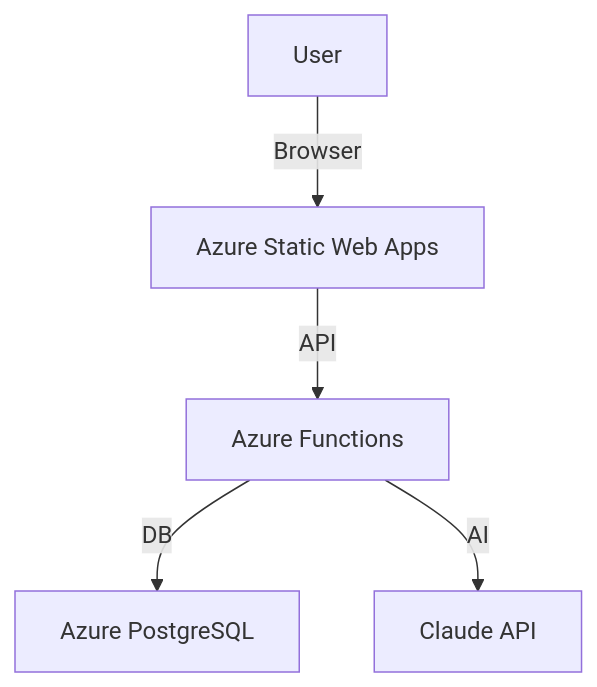
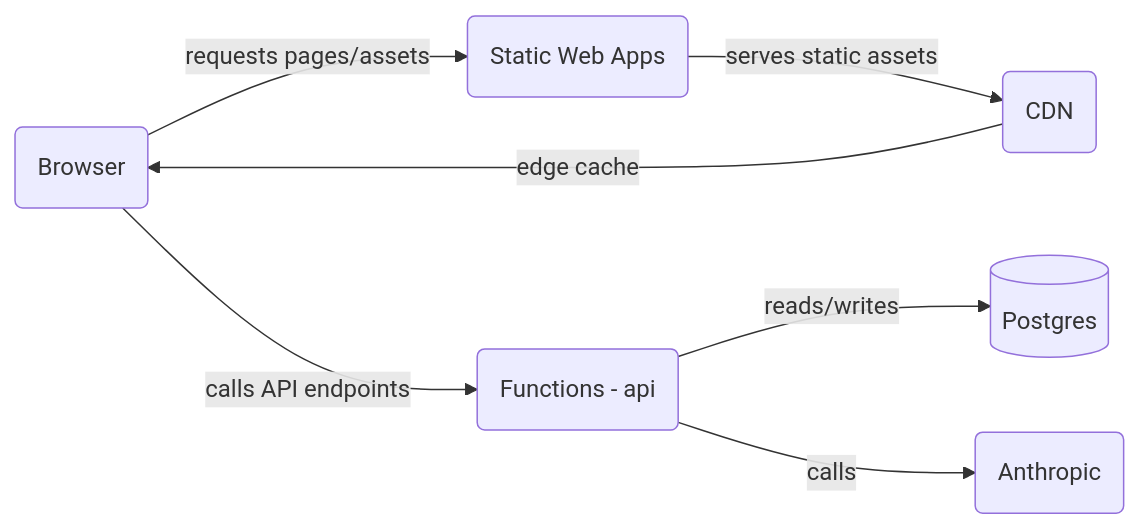
Before and after one commit to devgoon/me: the first of 3 diagrams in README.md, drawn with Mermaid. The commit also changed other lines of this file and 3 other files, not shown here.

`````diff
--- a/README.md
+++ b/README.md
@@ -59,7 +16,16 @@
-````mermaid
-flowchart TD
-  User -->|Browser| SWA[Azure Static Web Apps]
-  SWA -->|API| Functions[Azure Functions]
-  Functions -->|DB| Postgres[Azure PostgreSQL]
-  Functions -->|AI| Anthropic[Claude API]
-````
+```mermaid
+flowchart LR
+  Browser(Browser)
+  SWA(Static Web Apps)
+  Functions(Functions - api)
+  DB[(Postgres)]
+  AI(Anthropic)
+  CDN(CDN)
+
+  Browser -->|requests pages/assets| SWA
+  Browser -->|calls API endpoints| Functions
+  SWA -->|serves static assets| CDN
+  Functions -->|reads/writes| DB
+  Functions -->|calls| AI
+  CDN -->|edge cache| Browser
+```
`````
